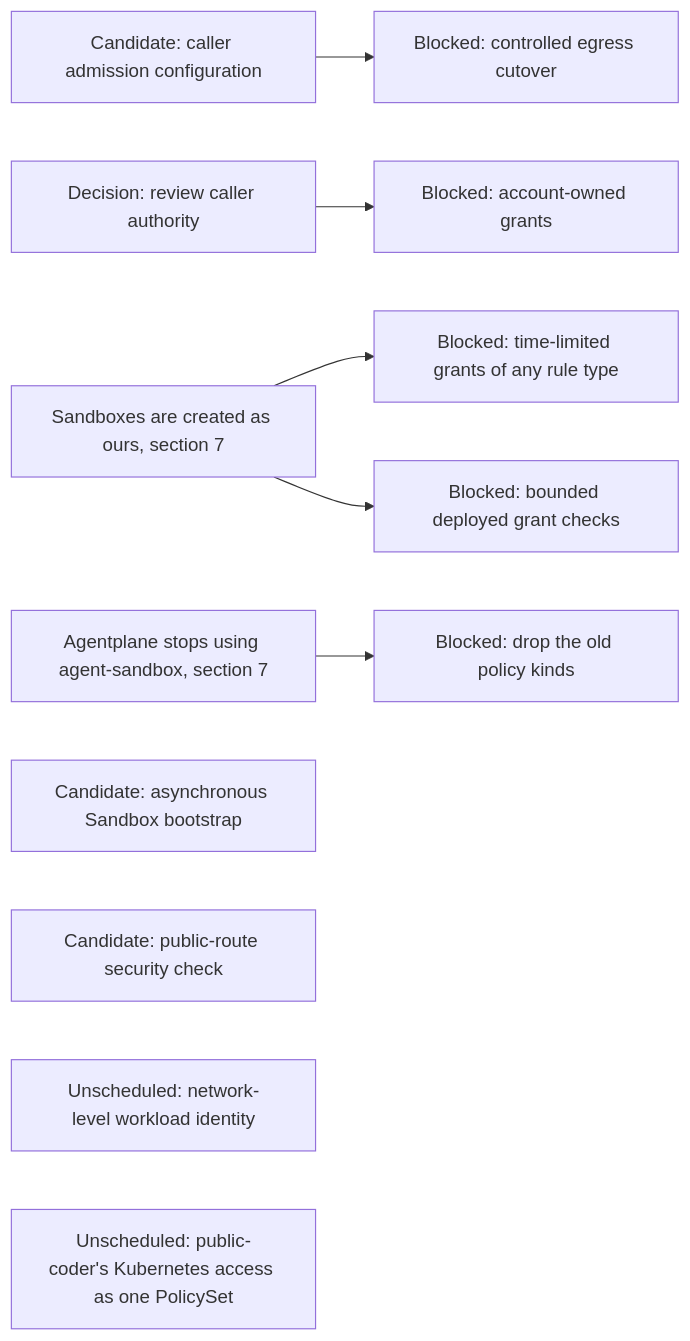
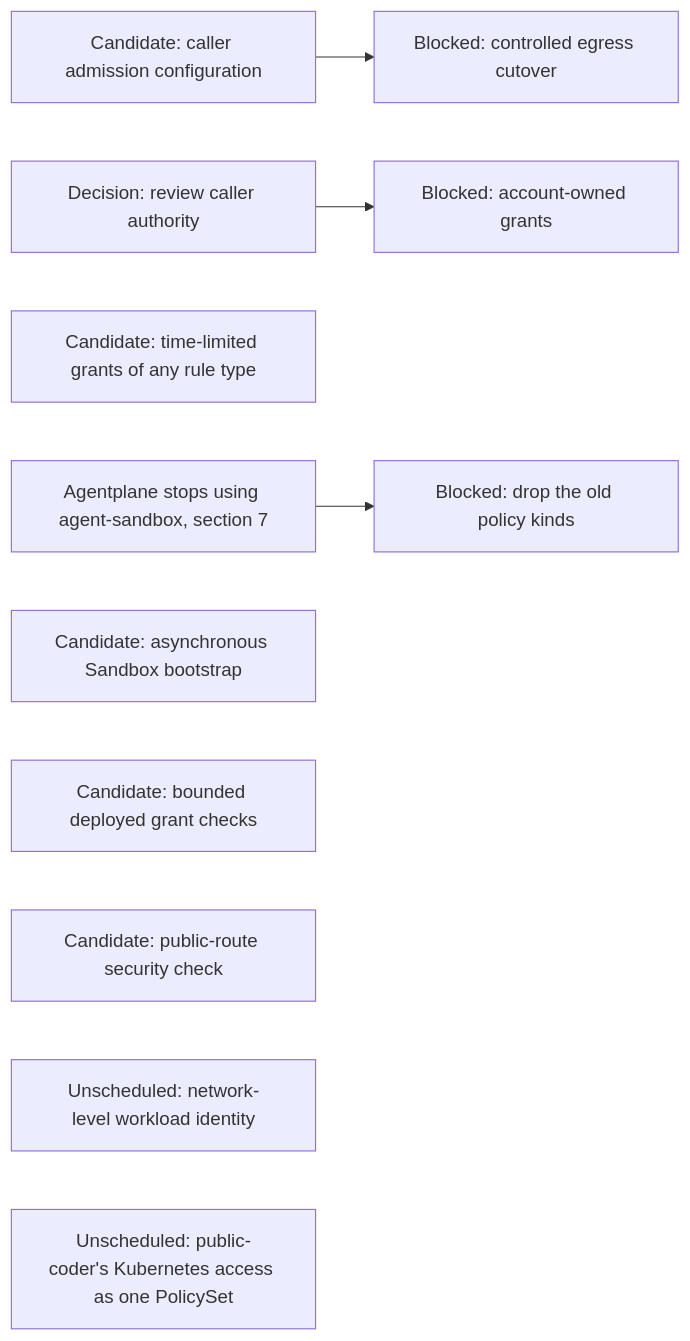
The eighth of 15 diagrams in agentplane/plans/task_dag.md (agentydragon-agent/ducktape), drawn with Mermaid before and after one commit. The commit also changed other lines of this file and 16 other files, not shown here.

First line of the commit message:
agentplane: staging creates our own Sandbox kind, presets on PolicySets (#10196)

````diff
--- a/agentplane/plans/task_dag.md
+++ b/agentplane/plans/task_dag.md
@@ -463,13 +463,12 @@
 ```mermaid
 flowchart LR
     PC_EGRESS_CREDENTIALS[Candidate: caller admission configuration] --> PC_EGRESS[Blocked: controlled egress cutover]
     CLAUDE_AI_SA[Decision: review caller authority] --> MANAGED_SA_RBAC[Blocked: account-owned grants]
-    SANDBOX_CREATE_CUTOVER[Sandboxes are created as ours, section 7] --> POLICY_RUNTIME_GRANTS[Blocked: time-limited grants of any rule type]
-    SANDBOX_CREATE_CUTOVER --> SANDBOX_RBAC
+    POLICY_RUNTIME_GRANTS[Candidate: time-limited grants of any rule type]
     AGENT_SANDBOX_RETIRE[Agentplane stops using agent-sandbox, section 7] --> OLD_POLICY_KINDS_DROP[Blocked: drop the old policy kinds]
     BOOTSTRAP_PROGRESS_CONTRACT[Candidate: asynchronous Sandbox bootstrap]
-    SANDBOX_RBAC[Blocked: bounded deployed grant checks]
+    SANDBOX_RBAC[Candidate: bounded deployed grant checks]
     NOTIFICATION_INGRESS_BOUNDARY[Candidate: public-route security check]
     NETWORK_WORKLOAD_IDENTITY[Unscheduled: network-level workload identity]
     PC_KUBERNETES_POLICY_SET[Unscheduled: public-coder's Kubernetes access as one PolicySet]
 ```
````
